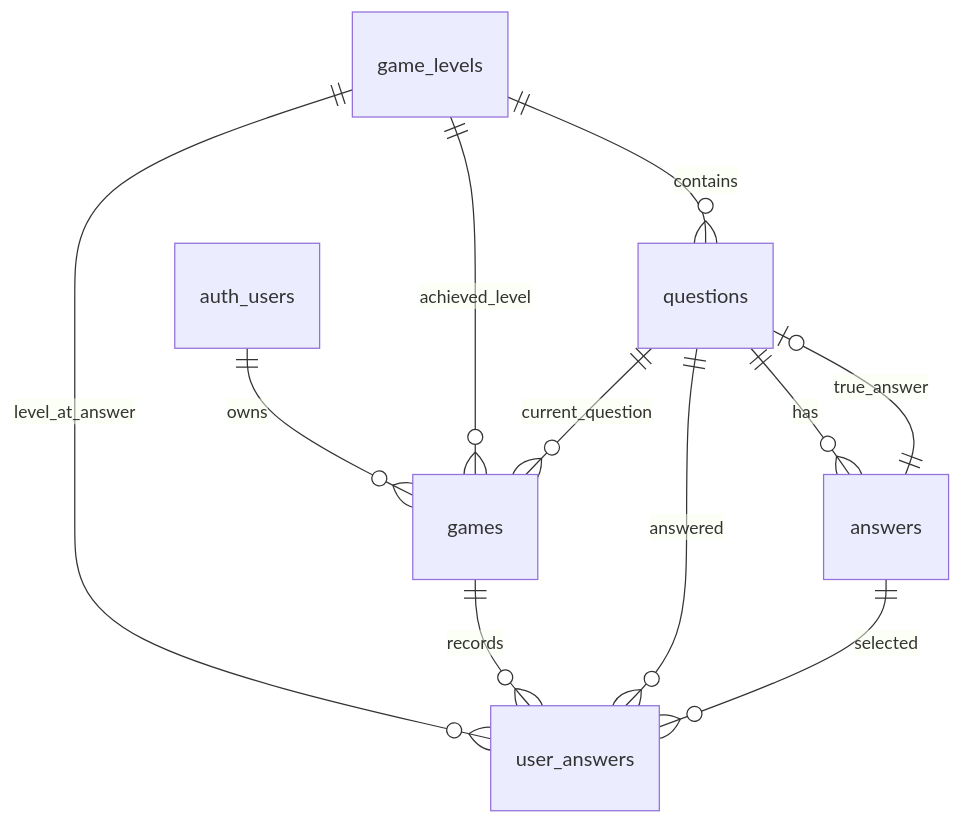
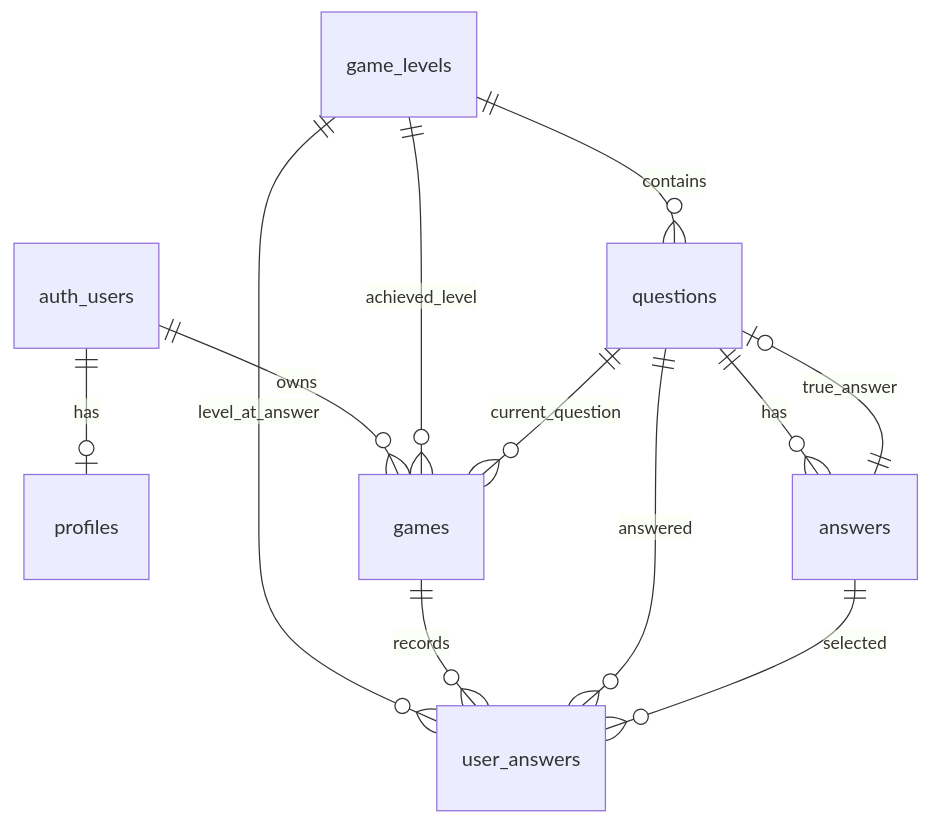
Before and after one commit to rgeshev/nexus-game: the diagram in docs/required-db-schema.md, drawn with Mermaid. The commit also changed other lines of this file and 17 other files, not shown here.

````diff
--- a/docs/required-db-schema.md
+++ b/docs/required-db-schema.md
@@ -20,13 +21,14 @@
 ```mermaid
 erDiagram
+    auth_users ||--o| profiles : has
     auth_users ||--o{ games : owns
     game_levels ||--o{ questions : contains
     game_levels ||--o{ games : achieved_level
     game_levels ||--o{ user_answers : level_at_answer
     questions ||--o{ answers : has
     answers ||--o| questions : true_answer
     questions ||--o{ games : current_question
     games ||--o{ user_answers : records
     questions ||--o{ user_answers : answered
     answers ||--o{ user_answers : selected
 ```
````
